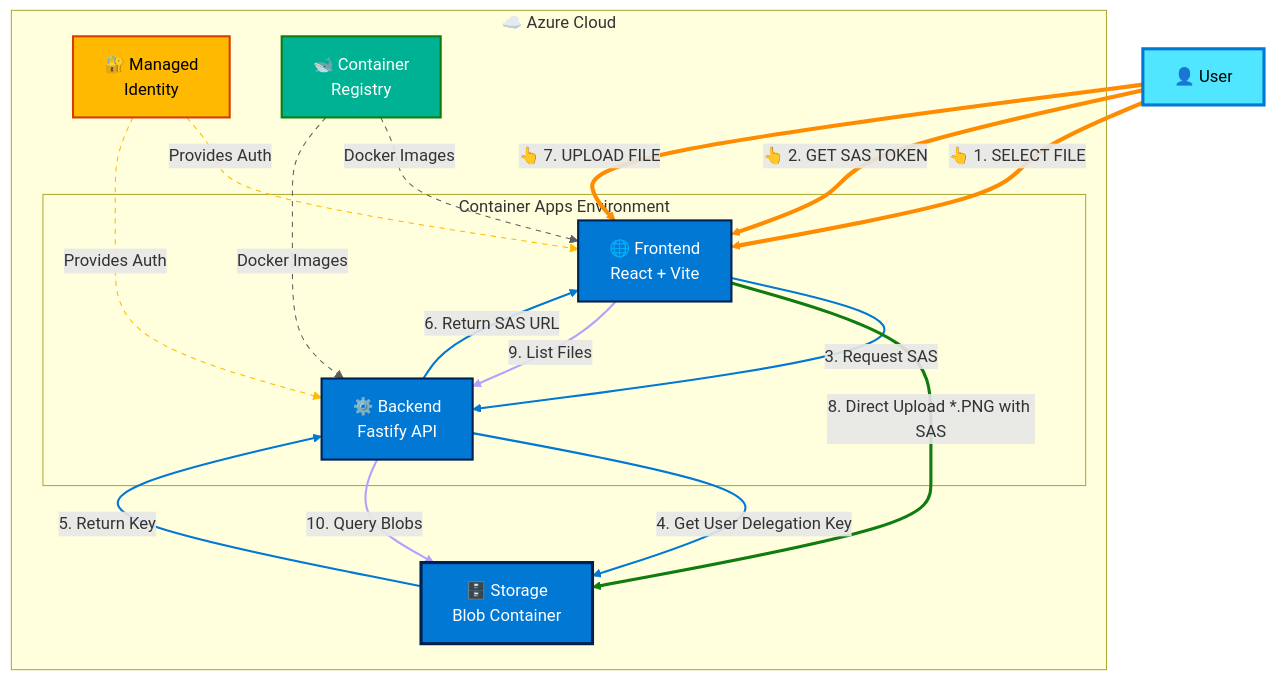
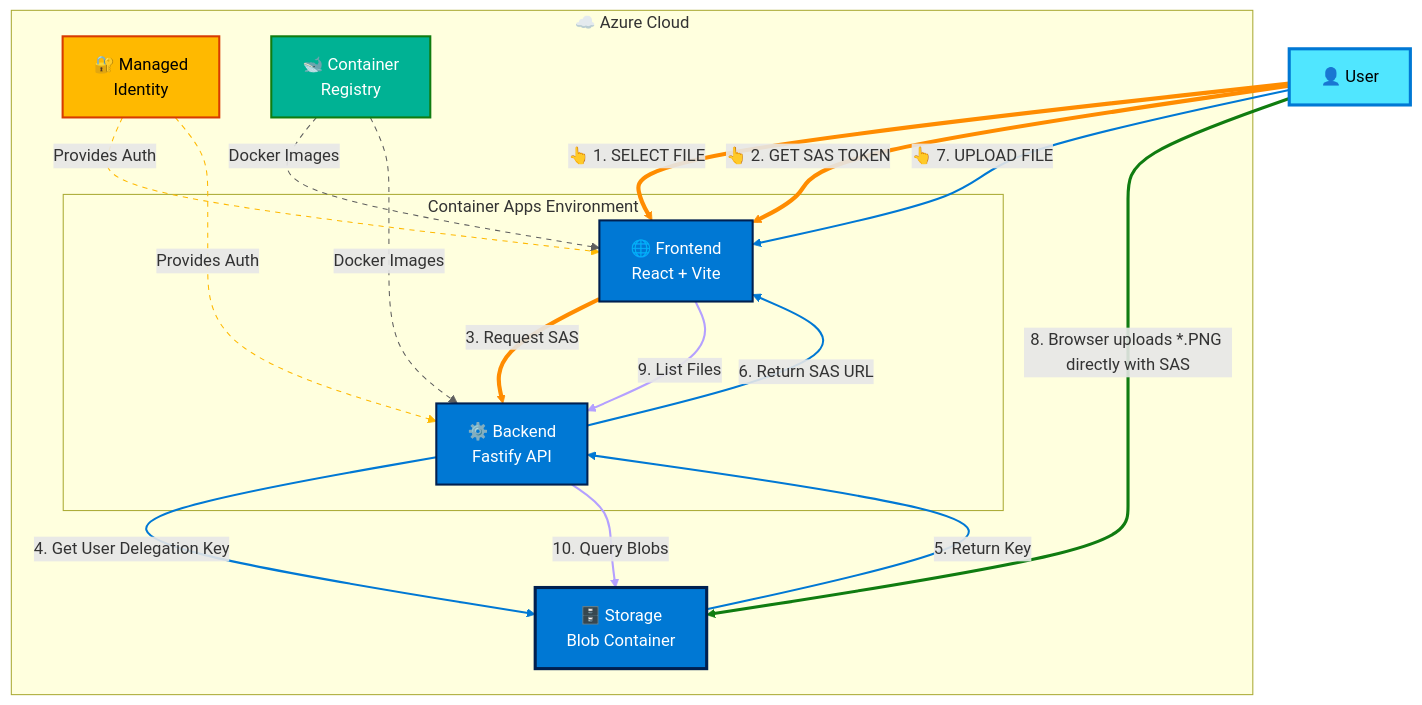
One commit to Azure-Samples/azure-typescript-upload-file-storage-blob changed the diagram in docs/mermaid/architecture-with-user-flow.mermaid. Above: the diagram before and after it, drawn with Mermaid. The commit also changed 12 other files, not shown here.

```diff
--- a/docs/mermaid/architecture-with-user-flow.mermaid
+++ b/docs/mermaid/architecture-with-user-flow.mermaid
@@ -1,62 +1,62 @@
 graph TB
     User[👤 User]
     
     subgraph Azure["☁️ Azure Cloud"]
         subgraph ContainerApps["Container Apps Environment"]
             Frontend[🌐 Frontend<br/>React + Vite]
             Backend[⚙️ Backend<br/>Fastify API]
         end
         
         ManagedIdentity[🔐 Managed<br/>Identity]
         Registry[🐋 Container<br/>Registry]
         Storage[🗄️ Storage<br/>Blob Container]
     end
     
     %% User interactions with UI buttons
     User -->|👆 1. SELECT FILE| Frontend
     User -->|👆 2. GET SAS TOKEN| Frontend
-    User -->|👆 7. UPLOAD FILE| Frontend
     
     %% SAS token flow - blue for request/response
     Frontend -->|3. Request SAS| Backend
     Backend -->|4. Get User Delegation Key| Storage
     Storage -->|5. Return Key| Backend
     Backend -->|6. Return SAS URL| Frontend
     
-    %% File upload flow - green for data upload
-    Frontend -->|8. Direct Upload *.PNG with SAS| Storage
+    %% File upload flow - green for data upload (Browser → Storage, NOT through API)
+    User -->|👆 7. UPLOAD FILE| Frontend
+    User -->|8. Browser uploads *.PNG directly with SAS| Storage
     
     %% File listing flow - purple for queries
     Frontend -->|9. List Files| Backend
     Backend -->|10. Query Blobs| Storage
     
     %% Authentication flow - orange dashed
     ManagedIdentity -.->|Provides Auth| Frontend
     ManagedIdentity -.->|Provides Auth| Backend
     
     %% Docker container images - gray dashed
     Registry -.->|Docker Images| Frontend
     Registry -.->|Docker Images| Backend
 
     %% Styling for nodes - Azure Branded Colors
     classDef userStyle fill:#50E6FF,stroke:#0078D4,stroke-width:3px,color:#000
     classDef frontendStyle fill:#0078D4,stroke:#002050,stroke-width:2px,color:#fff
     classDef backendStyle fill:#0078D4,stroke:#002050,stroke-width:2px,color:#fff
     classDef identityStyle fill:#FFB900,stroke:#D83B01,stroke-width:2px,color:#000
     classDef registryStyle fill:#00B294,stroke:#107C10,stroke-width:2px,color:#fff
     classDef storageStyle fill:#0078D4,stroke:#002050,stroke-width:3px,color:#fff
 
     class User userStyle
     class Frontend frontendStyle
     class Backend backendStyle
     class ManagedIdentity identityStyle
     class Registry registryStyle
     class Storage storageStyle
     
     %% Link styles for colored flows
     linkStyle 0,1,2 stroke:#FF8C00,stroke-width:4px
     linkStyle 3,4,5,6 stroke:#0078D4,stroke-width:2px
     linkStyle 7 stroke:#107C10,stroke-width:3px
     linkStyle 8,9 stroke:#B4A0FF,stroke-width:2px
     linkStyle 10,11 stroke:#FFB900,stroke-width:1px,stroke-dasharray:5
     linkStyle 12,13 stroke:#5E5E5E,stroke-width:1px,stroke-dasharray:5
```
